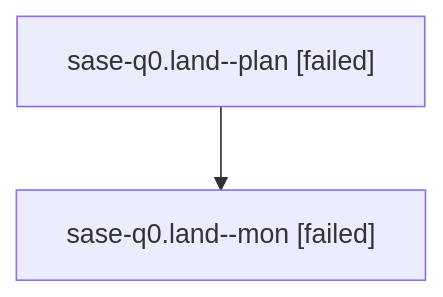
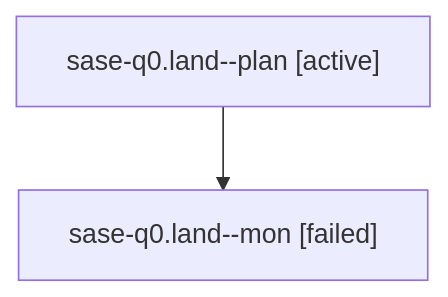
The diagram in families/bbugyi200.athena.sase-q0.land.md (sase-org/sase--agents), drawn with Mermaid before and after one commit. The commit also changed other lines of this file and 35830 other files, not shown here.

````diff
--- a/families/bbugyi200.athena.sase-q0.land.md
+++ b/families/bbugyi200.athena.sase-q0.land.md
@@ -9,6 +9,6 @@
 ```mermaid
 flowchart TD
-  n0["sase-q0.land--plan [failed]"]
+  n0["sase-q0.land--plan [active]"]
   n1["sase-q0.land--mon [failed]"]
   n0 --> n1
 ```
````
